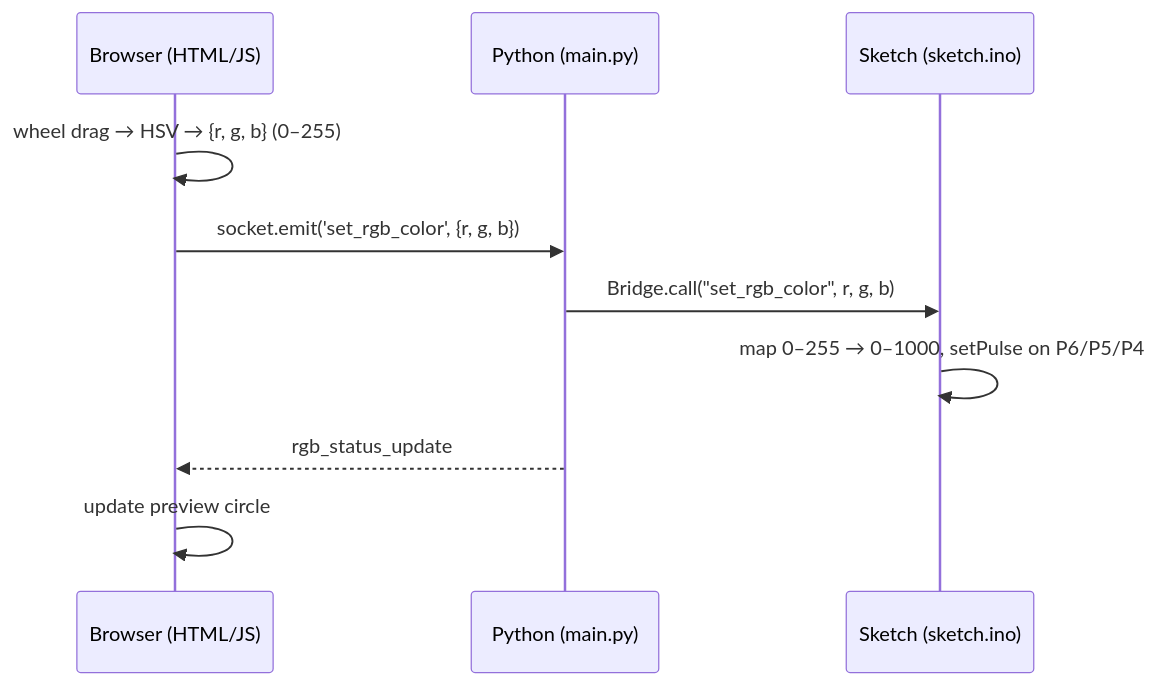
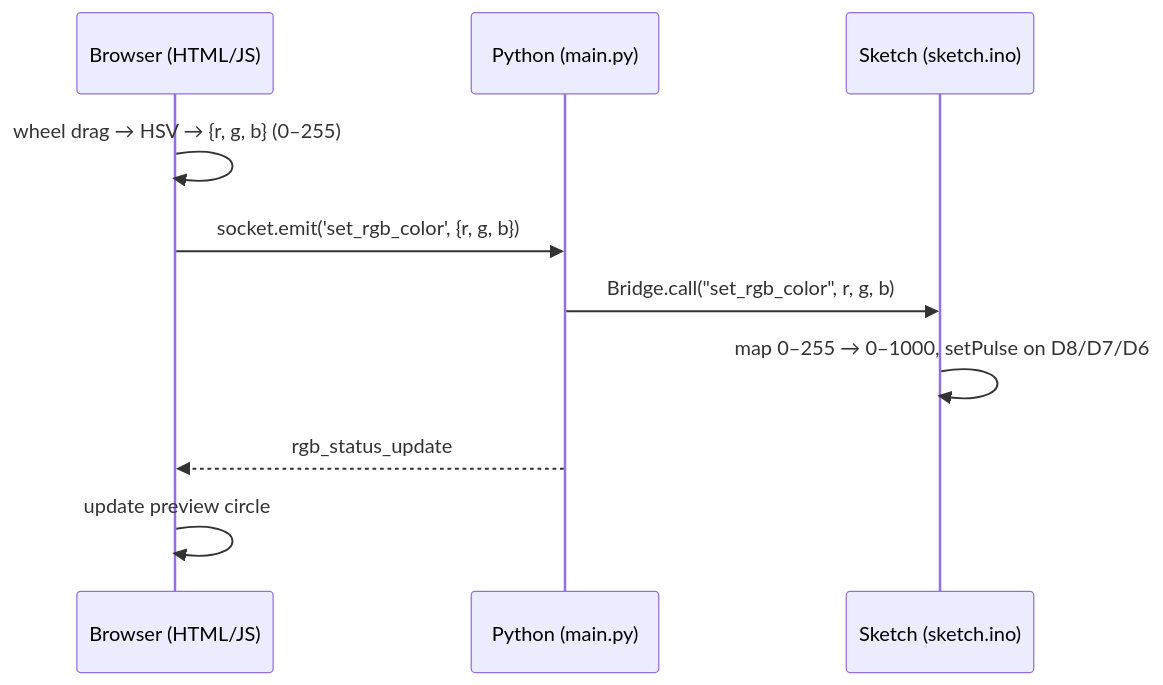
Before and after one commit to sunfounder/unoq-ai-kit: the diagram in docs/source/iot/02_ui_rgb_led.rst, drawn with Mermaid. The commit also changed other lines of this file and 87 other files, not shown here.

```diff
--- a/docs/source/iot/02_ui_rgb_led.rst
+++ b/docs/source/iot/02_ui_rgb_led.rst
@@ -99,13 +110,13 @@
 .. mermaid::
 
    sequenceDiagram
        participant B as Browser (HTML/JS)
        participant P as Python (main.py)
        participant S as Sketch (sketch.ino)
 
        B->>B: wheel drag → HSV → {r, g, b} (0–255)
        B->>P: socket.emit('set_rgb_color', {r, g, b})
        P->>S: Bridge.call("set_rgb_color", r, g, b)
-       S->>S: map 0–255 → 0–1000, setPulse on P6/P5/P4
+       S->>S: map 0–255 → 0–1000, setPulse on D8/D7/D6
        P-->>B: rgb_status_update
        B->>B: update preview circle
```
